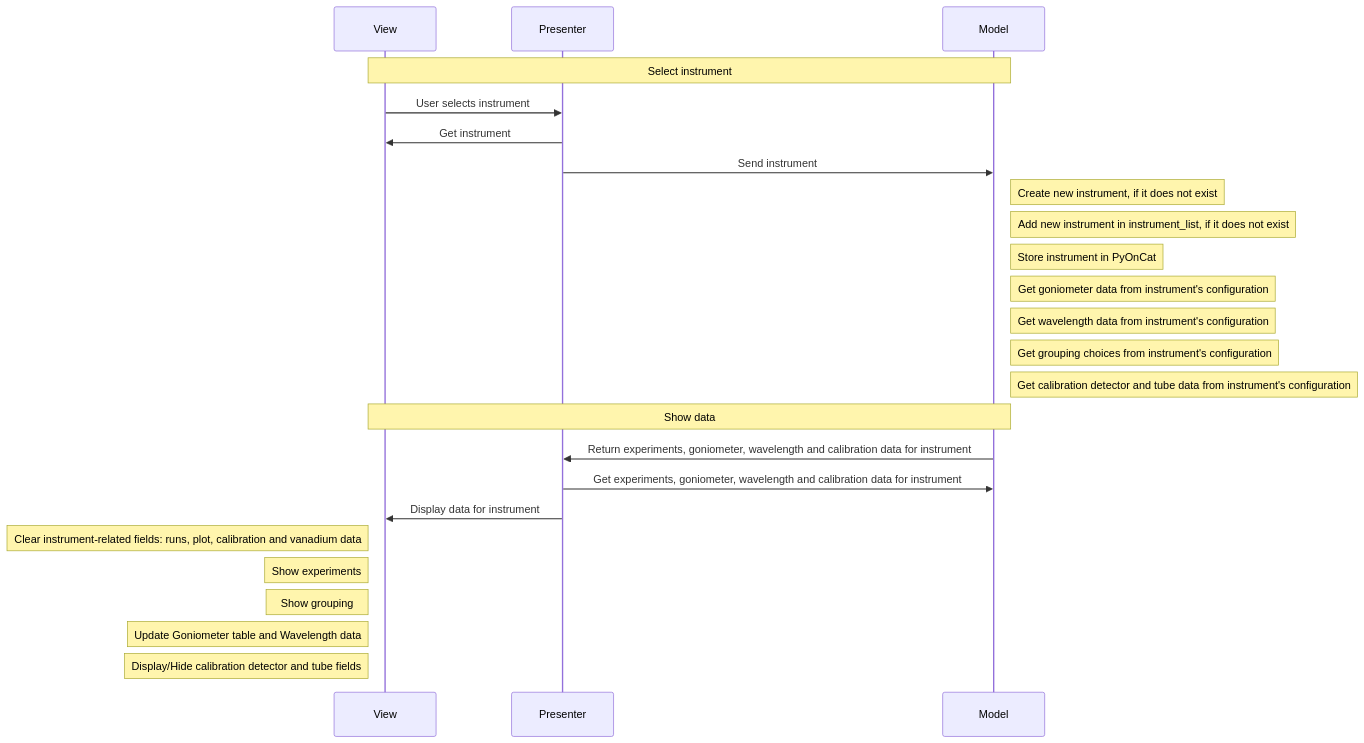
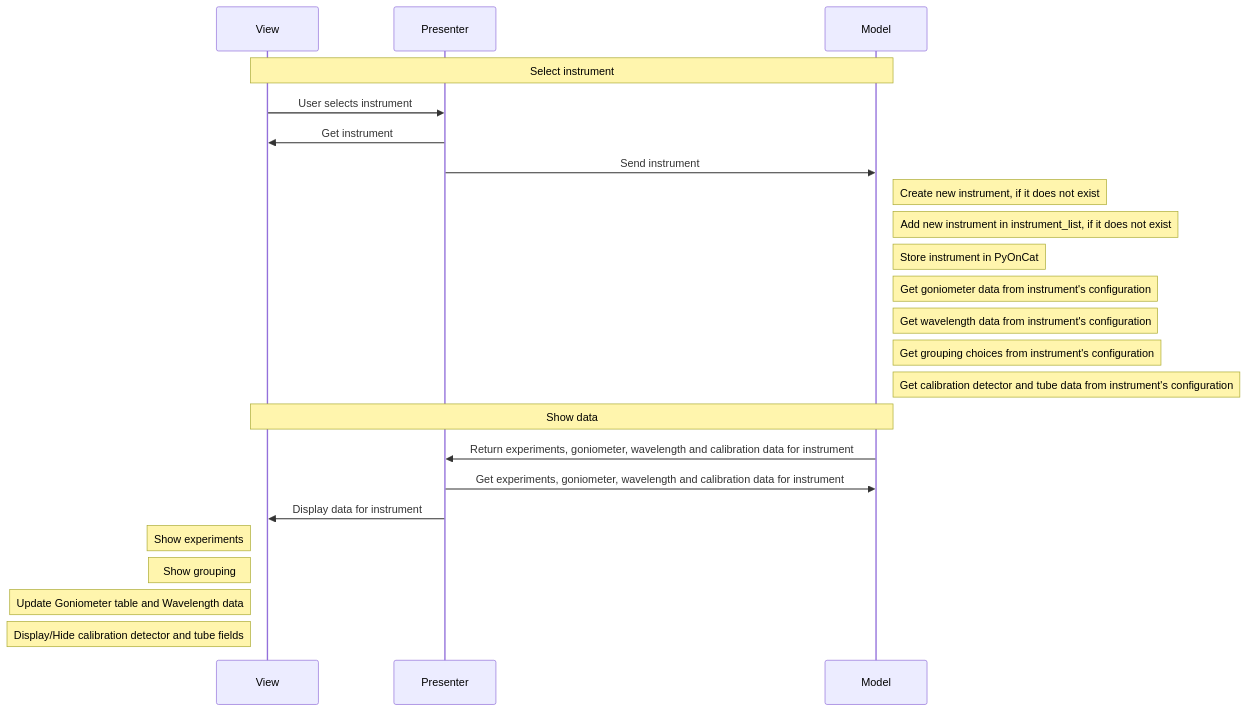
One commit to neutrons/garnet changed diagram 12 of 14 in docs/source/design/reduction_plan_mvp.rst. Above: the diagram before and after it, drawn with Mermaid. The commit also changed other lines of this file and 1 other file, not shown here.

```diff
--- a/docs/source/design/reduction_plan_mvp.rst
+++ b/docs/source/design/reduction_plan_mvp.rst
@@ -489,27 +532,26 @@
     .. mermaid::
 
         sequenceDiagram
             participant View
             participant Presenter
             participant Model
 
             Note over View,Model: Select instrument
             View->>Presenter: User selects instrument
             Presenter->>View: Get instrument
             Presenter->>Model: Send instrument
             Note right of Model: Create new instrument, if it does not exist
             Note right of Model: Add new instrument in instrument_list, if it does not exist
             Note right of Model: Store instrument in PyOnCat
             Note right of Model: Get goniometer data from instrument's configuration
             Note right of Model: Get wavelength data from instrument's configuration
             Note right of Model: Get grouping choices from instrument's configuration
             Note right of Model: Get calibration detector and tube data from instrument's configuration
             Note over View,Model: Show data
             Model->>Presenter: Return experiments, goniometer, wavelength and calibration data for instrument
             Presenter->>Model: Get experiments, goniometer, wavelength and calibration data for instrument
             Presenter->>View: Display data for instrument
-            Note left of View: Clear instrument-related fields: runs, plot, calibration and vanadium data
             Note left of View: Show experiments
             Note left of View: Show grouping
             Note left of View: Update Goniometer table and Wavelength data
             Note left of View: Display/Hide calibration detector and tube fields
```
